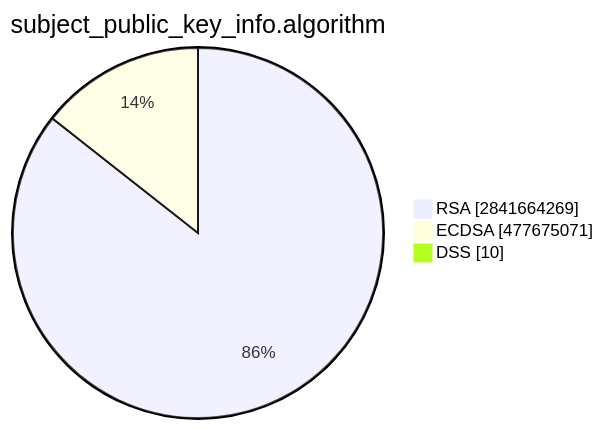
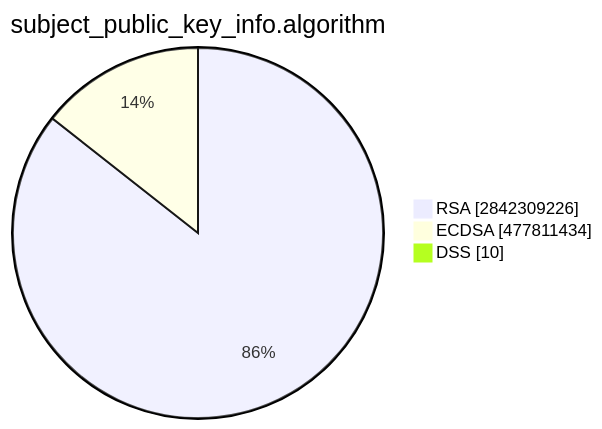
One commit to christiankrug/ctmonitor_visualization changed the second of 15 diagrams in TOTAL/README.md. Above: the diagram before and after it, drawn with Mermaid. The commit also changed other lines of this file, not shown here.

````diff
--- a/TOTAL/README.md
+++ b/TOTAL/README.md
@@ -6,7 +6,7 @@
 ```mermaid
 pie showData
 title subject_public_key_info.algorithm
-"RSA" :2841664269
-"ECDSA" :477675071
+"RSA" :2842309226
+"ECDSA" :477811434
 "DSS" :10
 ```
````
